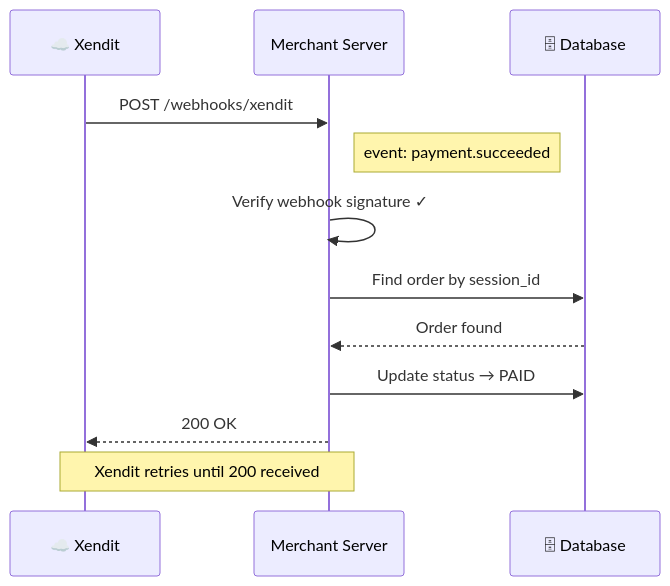
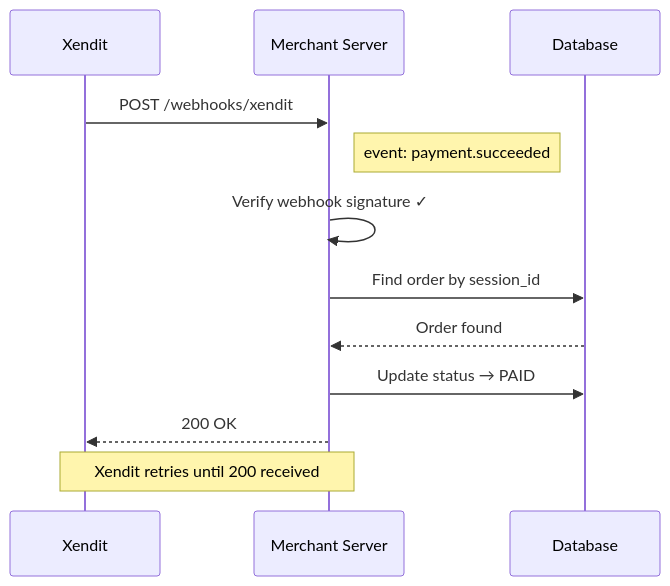
One commit to sabiqovsky/clm-components-guide changed the diagram in content/11-webhooks.md. Above: the diagram before and after it, drawn with Mermaid. The commit also changed 9 other files, not shown here.

First line of the commit message:
fix: WCAG-compliant Mermaid diagrams, no dark backgrounds

````diff
--- a/content/11-webhooks.md
+++ b/content/11-webhooks.md
@@ -11,15 +11,15 @@
 ```mermaid
 sequenceDiagram
-    participant Xendit as ☁️ Xendit
+    participant Xendit as Xendit
     participant Server as Merchant Server
-    participant DB as 🗄 Database
+    participant DB as Database
 
     Xendit->>Server: POST /webhooks/xendit
     Note right of Server: event: payment.succeeded
     Server->>Server: Verify webhook signature ✓
     Server->>DB: Find order by session_id
     DB-->>Server: Order found
     Server->>DB: Update status → PAID
     Server-->>Xendit: 200 OK
     Note over Xendit,Server: Xendit retries until 200 received
 ```
````
